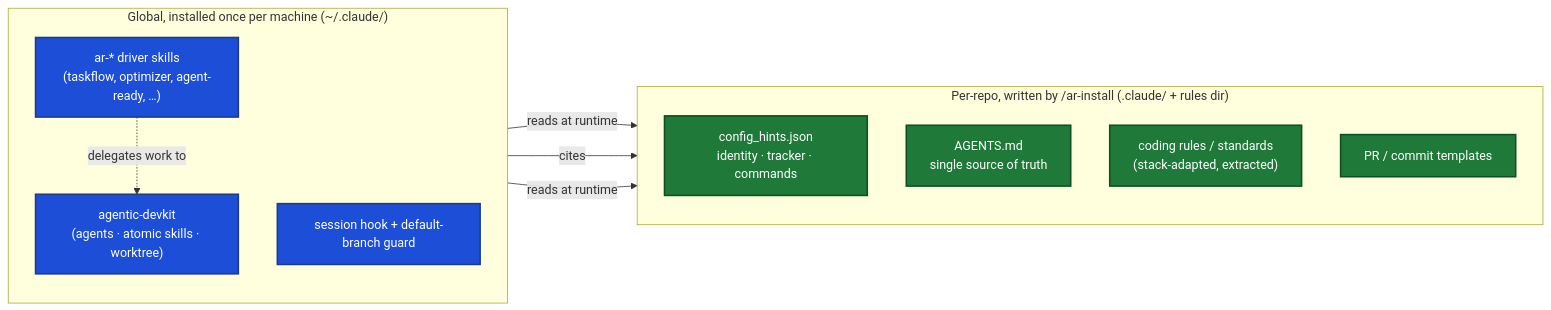
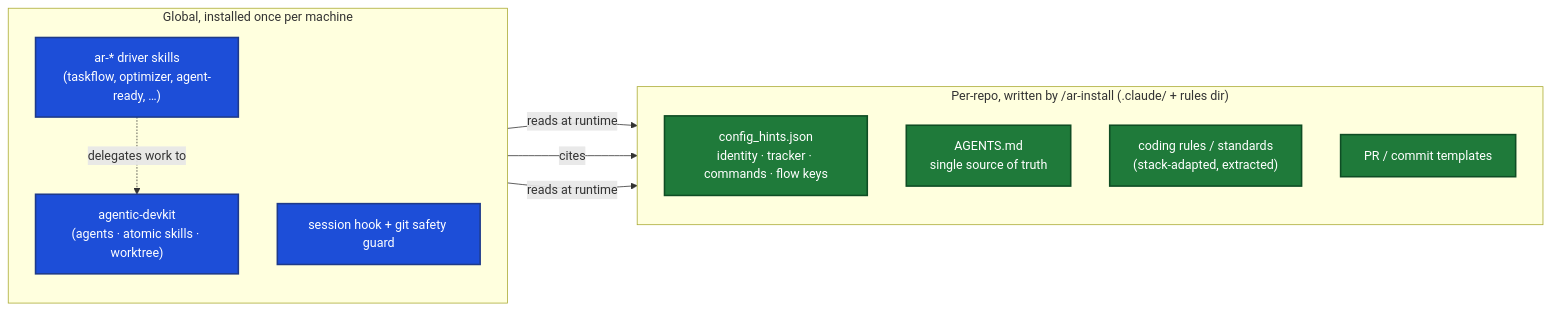
Before and after one commit to mahsanamin/agentic-repos: the first of 2 diagrams in docs/ARCHITECTURE.md, drawn with Mermaid. The commit also changed other lines of this file and 48 other files, not shown here.

````diff
--- a/docs/ARCHITECTURE.md
+++ b/docs/ARCHITECTURE.md
@@ -18,25 +18,25 @@
 ```mermaid
 flowchart LR
-  subgraph GLOBAL["Global, installed once per machine (~/.claude/)"]
+  subgraph GLOBAL["Global, installed once per machine"]
     direction TB
     ARSK["ar-* driver skills<br/>(taskflow, optimizer, agent-ready, …)"]
     DK["agentic-devkit<br/>(agents · atomic skills · worktree)"]
-    HOOK["session hook + default-branch guard"]
+    HOOK["session hook + git safety guard"]
   end
   subgraph PROJ["Per-repo, written by /ar-install (.claude/ + rules dir)"]
     direction TB
-    CFG["config_hints.json<br/>identity · tracker · commands"]
+    CFG["config_hints.json<br/>identity · tracker · commands · flow keys"]
     AG["AGENTS.md<br/>single source of truth"]
     RULES["coding rules / standards<br/>(stack-adapted, extracted)"]
     TPL["PR / commit templates"]
   end
   ARSK -->|"reads at runtime"| CFG
   ARSK -->|"cites"| RULES
   DK -->|"reads at runtime"| AG
   ARSK -.->|"delegates work to"| DK
 
   classDef global fill:#1d4ed8,stroke:#1e3a8a,color:#ffffff,stroke-width:2px;
   classDef proj fill:#1f7a3a,stroke:#0f4d24,color:#ffffff,stroke-width:2px;
   class ARSK,DK,HOOK global;
   class CFG,AG,RULES,TPL proj;
 ```
````
